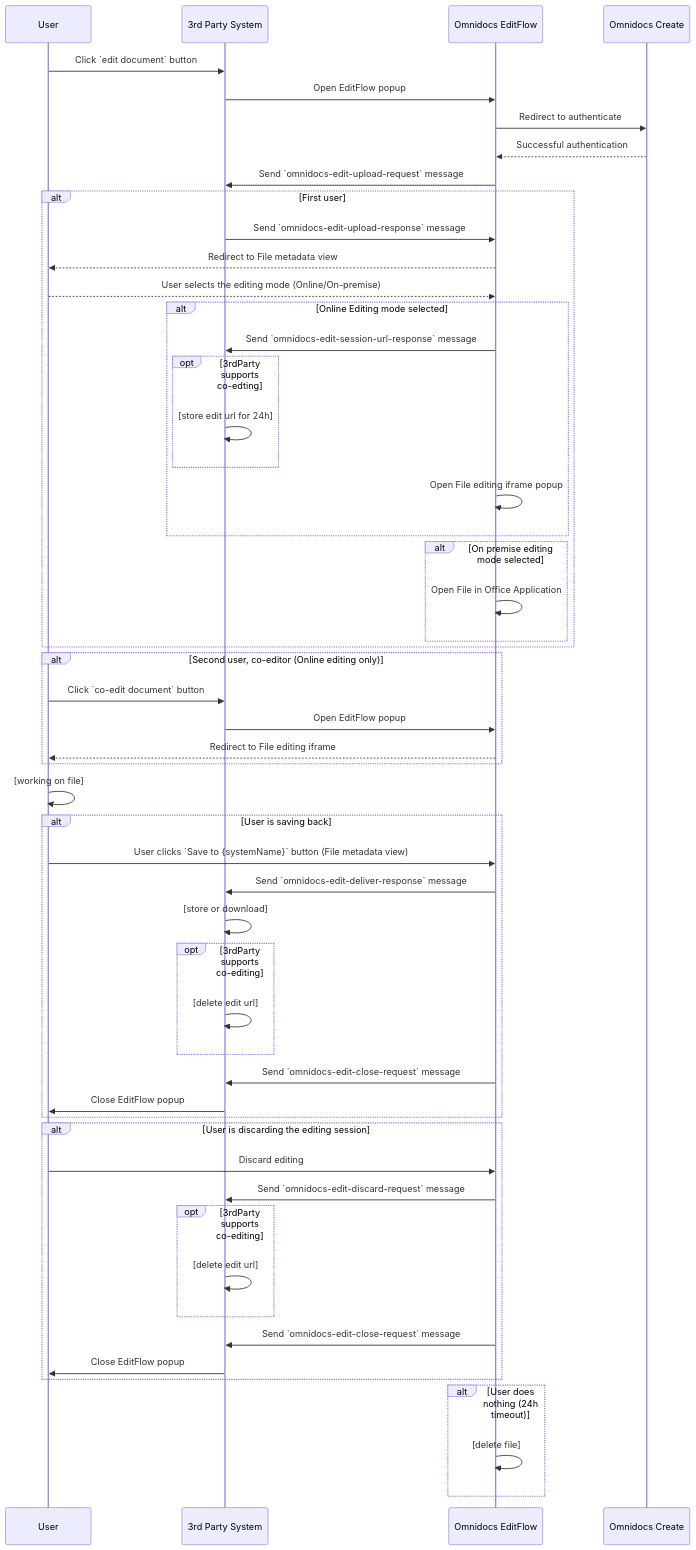
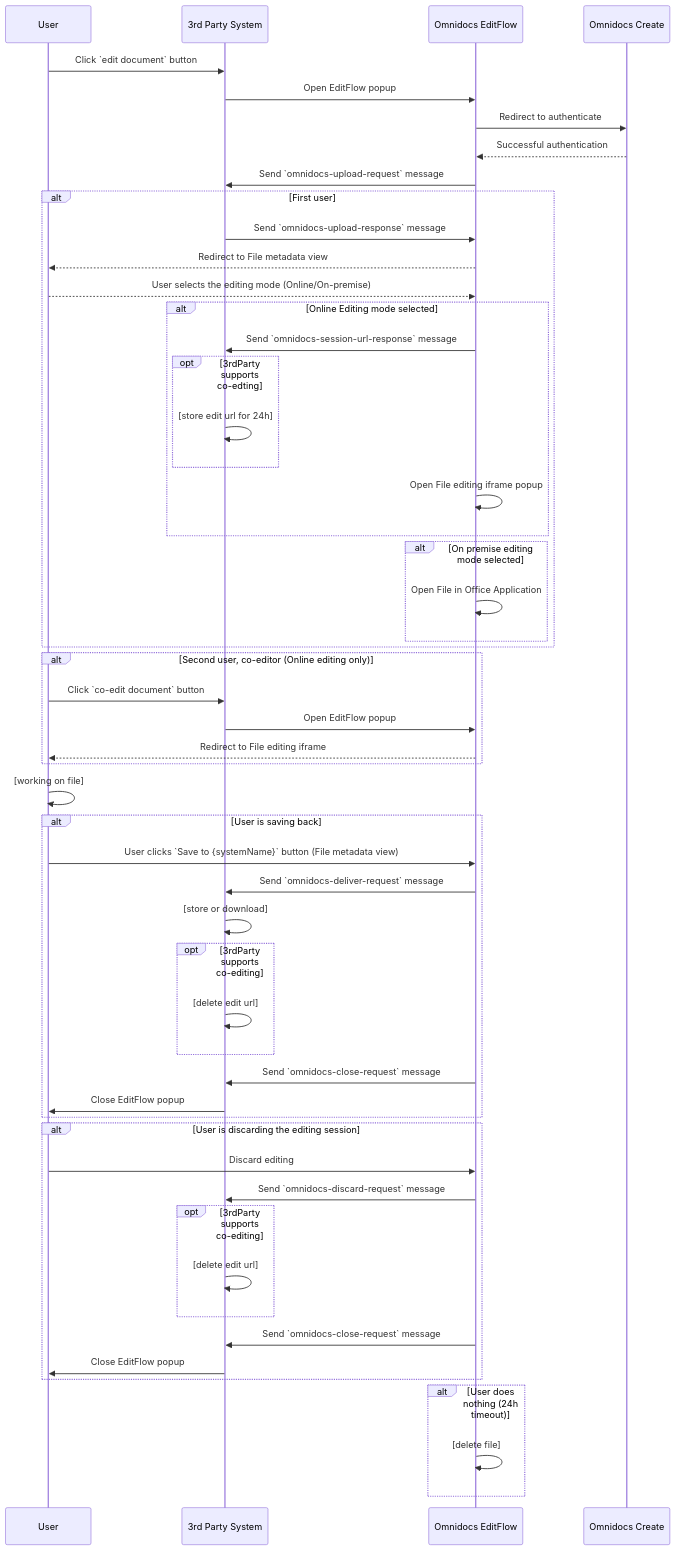
One commit to Omnidocs/EditFlow changed the first of 2 diagrams in README.md. Above: the diagram before and after it, drawn with Mermaid. The commit also changed other lines of this file and 2 other files, not shown here.

````diff
--- a/README.md
+++ b/README.md
@@ -55,64 +56,64 @@
 ```mermaid
 sequenceDiagram
     participant User as User
     participant 3rdParty as 3rd Party System
     participant EditFlow as Omnidocs EditFlow
     participant Creat as Omnidocs Create
     User ->> 3rdParty: Click `edit document` button
 
     3rdParty ->> EditFlow: Open EditFlow popup
     
     
     EditFlow ->> Creat: Redirect to authenticate
     Creat -->> EditFlow: Successful authentication
-    EditFlow ->> 3rdParty: Send `omnidocs-edit-upload-request` message
+    EditFlow ->> 3rdParty: Send `omnidocs-upload-request` message
     
     alt First user
-        3rdParty ->> EditFlow: Send `omnidocs-edit-upload-response` message
+        3rdParty ->> EditFlow: Send `omnidocs-upload-response` message
         EditFlow -->> User: Redirect to File metadata view
         User -->> EditFlow: User selects the editing mode (Online/On-premise)
             alt Online Editing mode selected
-                EditFlow ->> 3rdParty: Send `omnidocs-edit-session-url-response` message
+                EditFlow ->> 3rdParty: Send `omnidocs-session-url-response` message
                 opt 3rdParty supports co-edting
                     3rdParty ->> 3rdParty: [store edit url for 24h]
                 end
                 EditFlow ->> EditFlow: Open File editing iframe popup
             end
             alt On premise editing mode selected
                 EditFlow ->> EditFlow: Open File in Office Application
             end
     end
     alt Second user, co-editor (Online editing only)
         User ->> 3rdParty: Click `co-edit document` button
         3rdParty ->> EditFlow: Open EditFlow popup
         EditFlow -->> User: Redirect to File editing iframe
     end
 
     User ->> User: [working on file]
     alt User is saving back
         User ->> EditFlow: User clicks `Save to {systemName}` button (File metadata view)
-        EditFlow ->> 3rdParty: Send `omnidocs-edit-deliver-response` message 
+        EditFlow ->> 3rdParty: Send `omnidocs-deliver-request` message 
 
         3rdParty ->> 3rdParty: [store or download]
         opt 3rdParty supports co-editing
             3rdParty ->> 3rdParty: [delete edit url]
         end
 
-        EditFlow ->> 3rdParty: Send `omnidocs-edit-close-request` message 
+        EditFlow ->> 3rdParty: Send `omnidocs-close-request` message 
         3rdParty ->> User: Close EditFlow popup
     end
     alt User is discarding the editing session
         User ->> EditFlow: Discard editing
-        EditFlow ->> 3rdParty: Send `omnidocs-edit-discard-request` message
+        EditFlow ->> 3rdParty: Send `omnidocs-discard-request` message
         opt 3rdParty supports co-editing
             3rdParty ->> 3rdParty: [delete edit url]
         end
 
-        EditFlow ->> 3rdParty: Send `omnidocs-edit-close-request` message 
+        EditFlow ->> 3rdParty: Send `omnidocs-close-request` message 
         3rdParty ->> User: Close EditFlow popup
     end
     
     alt User does nothing (24h timeout)
         EditFlow ->> EditFlow: [delete file]
     end
 ```
````
